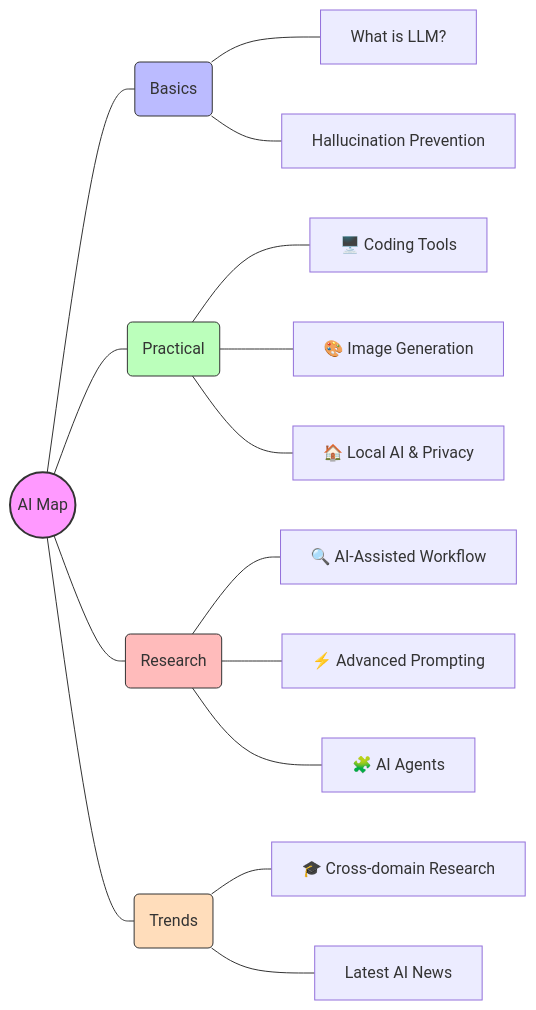
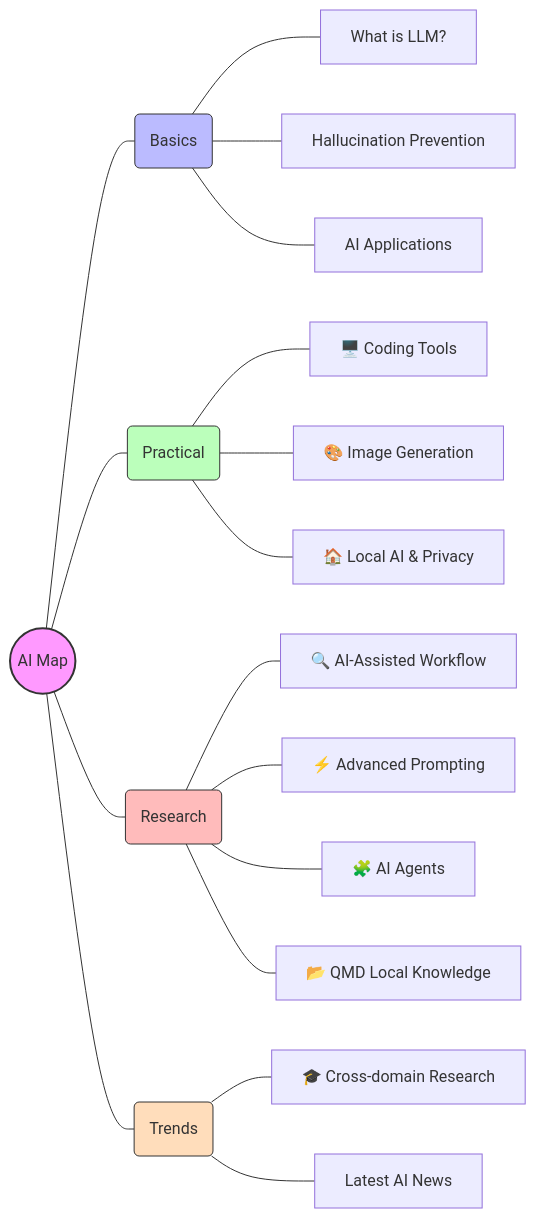
One commit to ultima6-tw/ai-map changed the diagram in docs/en/index.md. Above: the diagram before and after it, drawn with Mermaid. The commit also changed 1 other file, not shown here.

Commit message:
fix: update mermaid diagrams with relative paths, missing nodes, and tooltips

````diff
--- a/docs/en/index.md
+++ b/docs/en/index.md
@@ -7,35 +7,42 @@
 ```mermaid
 flowchart LR
     root((AI Map)) --- Basics(Basics)
     root --- Practical(Practical)
     root --- Research(Research)
     root --- Trends(Trends)
 
     Basics --- B1[What is LLM?]
     Basics --- B2[Hallucination Prevention]
+    Basics --- B3[AI Applications]
 
     Practical --- P1[🖥️ Coding Tools]
     Practical --- P2[🎨 Image Generation]
     Practical --- P3[🏠 Local AI & Privacy]
 
     Research --- R1[🔍 AI-Assisted Workflow]
     Research --- R2[⚡ Advanced Prompting]
     Research --- R3[🧩 AI Agents]
+    Research --- R4[📂 QMD Local Knowledge]
 
     Trends --- T1[🎓 Cross-domain Research]
     Trends --- T2[Latest AI News]
 
-    click P1 "en/tools-coding/" "View 🖥️ Coding Tools"
-    click P2 "en/tools-image/" "View 🎨 Image Generation"
-    click P3 "en/local-ai-privacy/" "View 🏠 Local AI & Privacy"
-    click R1 "en/research-workflow/" "View 🔍 AI-Assisted Workflow"
-    click R2 "en/advanced-prompting/" "View ⚡ Advanced Prompting"
-    click R3 "en/agent/" "View 🧩 AI Agents"
-    click T1 "en/academic-trends/" "View 🎓 Cross-domain Research"
+    click B1 "what-is-ai-or-llm/" "View What is LLM?"
+    click B2 "ai-hallucination/" "View Hallucination Prevention"
+    click B3 "ai-application/" "View AI Applications"
+    click P1 "tools-coding/" "View 🖥️ Coding Tools"
+    click P2 "tools-image/" "View 🎨 Image Generation"
+    click P3 "local-ai-privacy/" "View 🏠 Local AI & Privacy"
+    click R1 "research-workflow/" "View 🔍 AI-Assisted Workflow"
+    click R2 "advanced-prompting/" "View ⚡ Advanced Prompting"
+    click R3 "agent/" "View 🧩 AI Agents"
+    click R4 "qmd/" "View 📂 QMD Local Knowledge"
+    click T1 "academic-trends/" "View 🎓 Cross-domain Research"
+    click T2 "ai-news/" "View Latest AI News"
     
     style root fill:#f9f,stroke:#333,stroke-width:2px
     style Basics fill:#bbf,stroke:#333
     style Practical fill:#bfb,stroke:#333
     style Research fill:#fbb,stroke:#333
     style Trends fill:#fdb,stroke:#333
 ```
````
